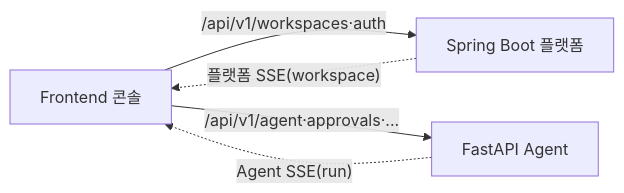
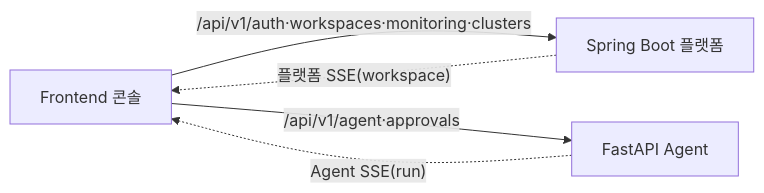
The diagram in docs/design/frontend.md (cloud-team2/bifrost), drawn with Mermaid before and after one commit. The commit also changed other lines of this file and 25 other files, not shown here.

````diff
--- a/docs/design/frontend.md
+++ b/docs/design/frontend.md
@@ -7,7 +7,7 @@
 ```mermaid
 flowchart LR
-    UI[Frontend 콘솔] -->|/api/v1/workspaces·auth| SB[Spring Boot 플랫폼]
-    UI -->|/api/v1/agent·approvals·...| FA[FastAPI Agent]
+    UI[Frontend 콘솔] -->|/api/v1/auth·workspaces·monitoring·clusters| SB[Spring Boot 플랫폼]
+    UI -->|/api/v1/agent·approvals| FA[FastAPI Agent]
     SB -. 플랫폼 SSE(workspace) .-> UI
     FA -. Agent SSE(run) .-> UI
 ```
````
